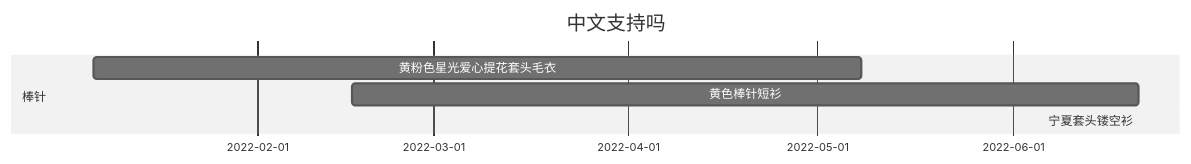
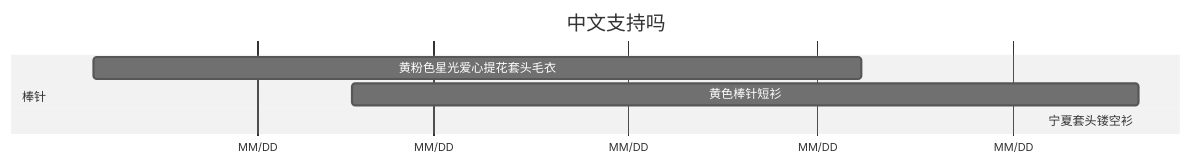
One commit to JiYouMCC/JiYouMCC.github.io changed the diagram in _drafts/2022-1.md. Above: the diagram before and after it, drawn with Mermaid (neutral theme).

````diff
--- a/_drafts/2022-1.md
+++ b/_drafts/2022-1.md
@@ -1,9 +1,10 @@
 ```mermaid
 gantt
 title 中文支持吗
 dateFormat MM/DD
+axisFormat MM/DD
 section 棒针
     黄粉色星光爱心提花套头毛衣   :2022-01-06, 122d
     黄色棒针短衫                :2022-02-16, 125d
     宁夏套头镂空衫              :2022-06-23
 ```
````
